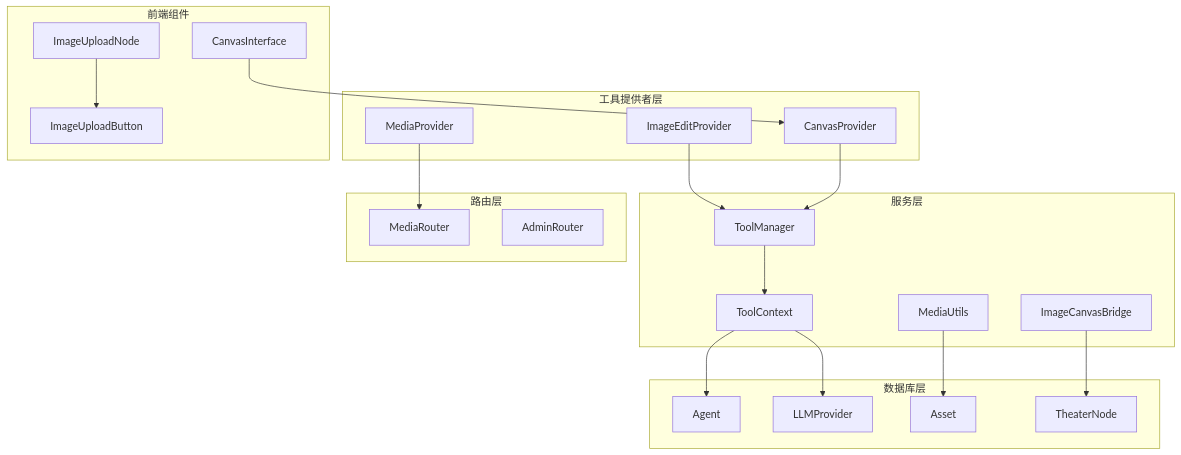
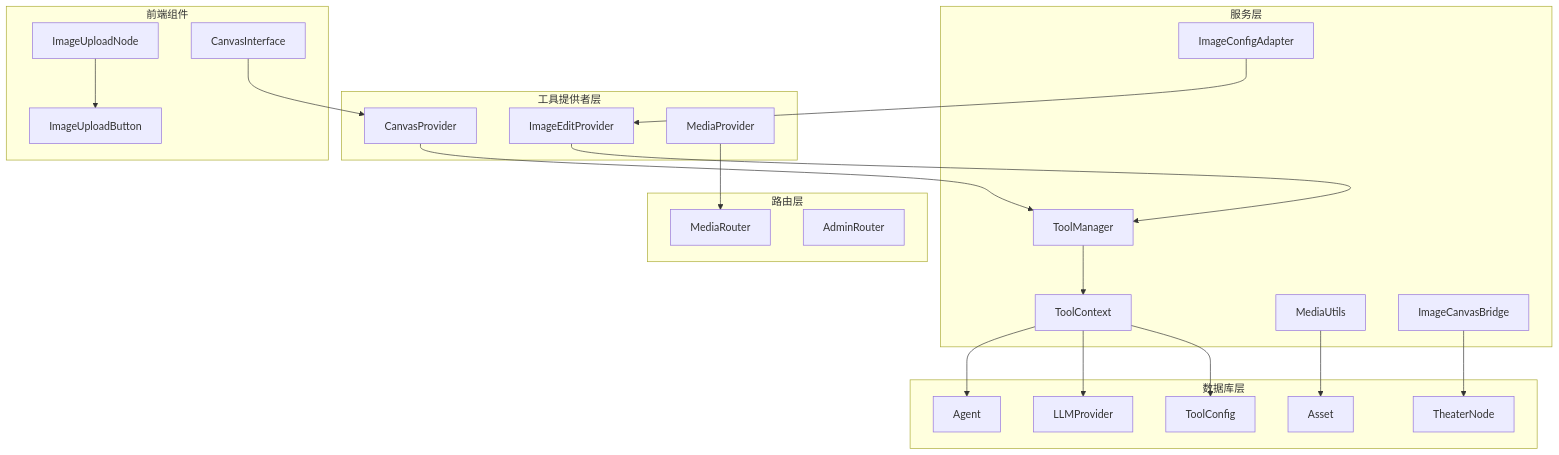
One commit to KunLabAI/KunFlix changed the ninth of 9 diagrams in .qoder/repowiki/zh/content/后端服务架构/业务服务层/媒体生成服务/图像生成系统/图像编辑能力.md. Above: the diagram before and after it, drawn with Mermaid. The commit also changed other lines of this file and 10 other files, not shown here.

First line of the commit message:
feat(gemini): 新增Gemini Nano Banana图像生成功能及编辑支持

````diff
--- a/.qoder/repowiki/zh/content/后端服务架构/业务服务层/媒体生成服务/图像生成系统/图像编辑能力.md
+++ b/.qoder/repowiki/zh/content/后端服务架构/业务服务层/媒体生成服务/图像生成系统/图像编辑能力.md
@@ -321,39 +420,43 @@
 ```mermaid
 graph TB
 subgraph "工具提供者层"
 A[ImageEditProvider]
 B[CanvasProvider]
 C[MediaProvider]
 end
 subgraph "服务层"
 D[ToolManager]
 E[ToolContext]
 F[MediaUtils]
 G[ImageCanvasBridge]
+H[ImageConfigAdapter]
 end
 subgraph "路由层"
-H[MediaRouter]
-I[AdminRouter]
+I[MediaRouter]
+J[AdminRouter]
 end
 subgraph "前端组件"
-J[ImageUploadNode]
-K[ImageUploadButton]
-L[CanvasInterface]
+K[ImageUploadNode]
+L[ImageUploadButton]
+M[CanvasInterface]
 end
 subgraph "数据库层"
-M[Agent]
-N[LLMProvider]
-O[Asset]
-P[TheaterNode]
+N[Agent]
+O[LLMProvider]
+P[Asset]
+Q[TheaterNode]
+R[ToolConfig]
 end
 A --> D
 B --> D
-C --> H
+C --> I
 D --> E
-E --> M
 E --> N
-F --> O
-G --> P
-J --> K
-L --> B
+E --> O
+E --> R
+F --> P
+G --> Q
+H --> A
+K --> L
+M --> B
 ```
````
